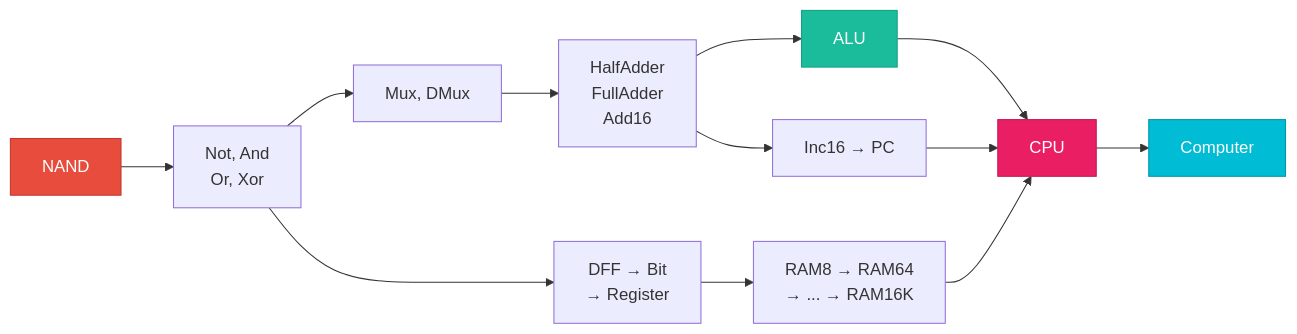
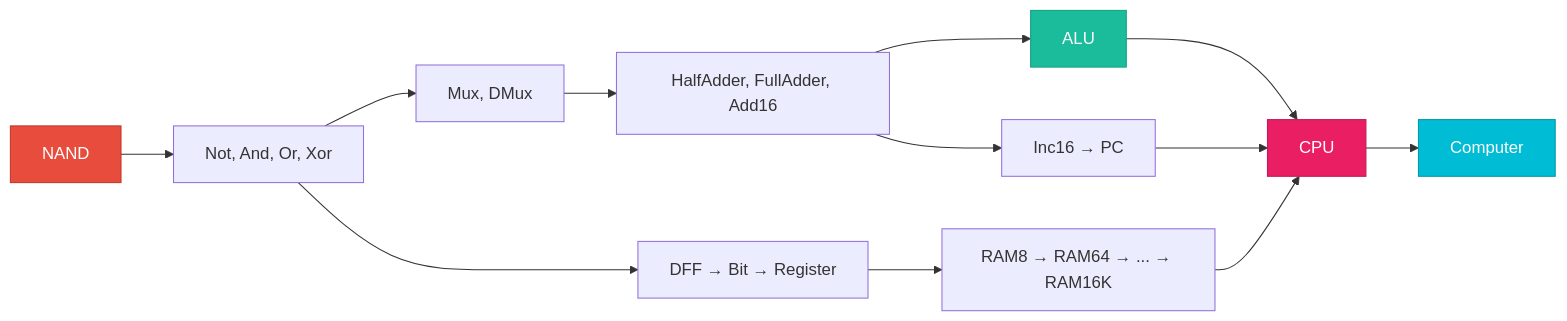
The fifth of 5 diagrams in README.md (Muhammad540/Zap), drawn with Mermaid before and after one commit. The commit also changed other lines of this file, not shown here.

````diff
--- a/README.md
+++ b/README.md
@@ -435,19 +435,19 @@
 ```mermaid
 flowchart LR
-    A["NAND"] --> B["Not, And\nOr, Xor"]
+    A["NAND"] --> B["Not, And, Or, Xor"]
     B --> C["Mux, DMux"]
-    C --> D["HalfAdder\nFullAdder\nAdd16"]
+    C --> D["HalfAdder, FullAdder, Add16"]
     D --> E["ALU"]
-    B --> F["DFF → Bit\n→ Register"]
-    F --> G["RAM8 → RAM64\n→ ... → RAM16K"]
+    B --> F["DFF → Bit → Register"]
+    F --> G["RAM8 → RAM64 → ... → RAM16K"]
     D --> H["Inc16 → PC"]
     E --> I["CPU"]
     G --> I
     H --> I
     I --> J["Computer"]
 
     style A fill:#e74c3c,color:#fff,stroke:#c0392b
     style E fill:#1abc9c,color:#fff,stroke:#16a085
     style I fill:#e91e63,color:#fff,stroke:#c2185b
     style J fill:#00bcd4,color:#fff,stroke:#0097a7
 ```
````
